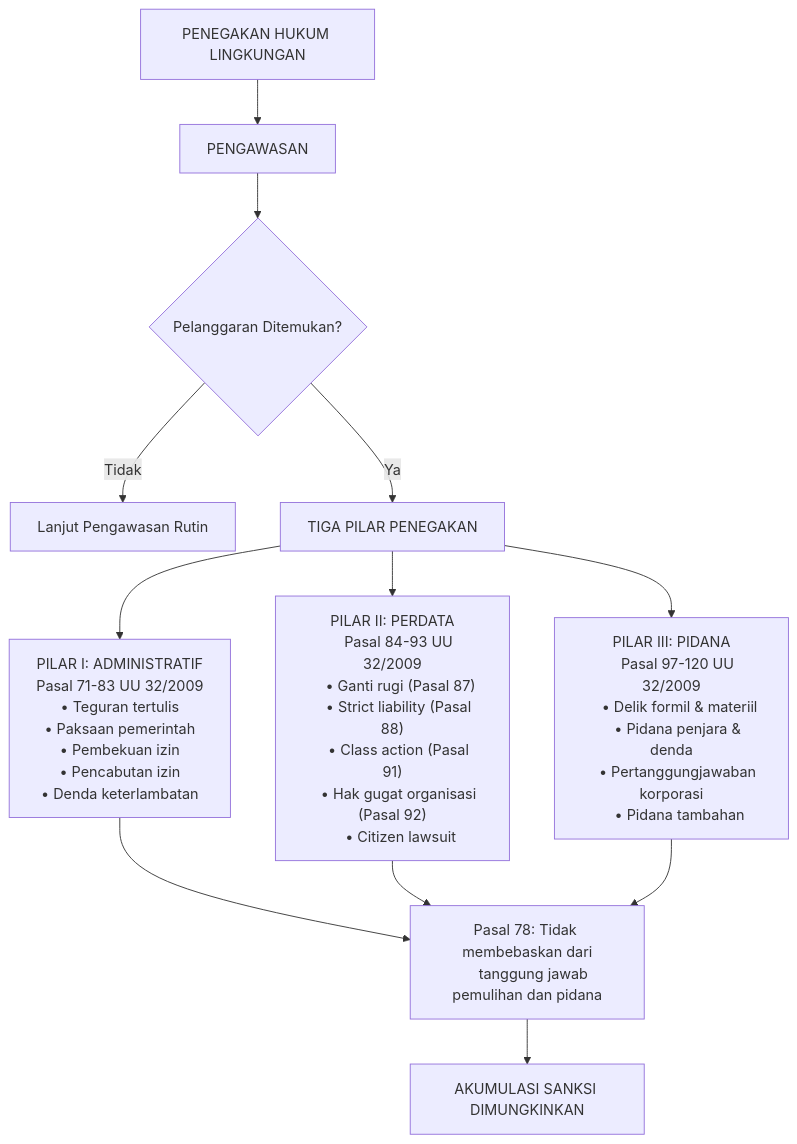
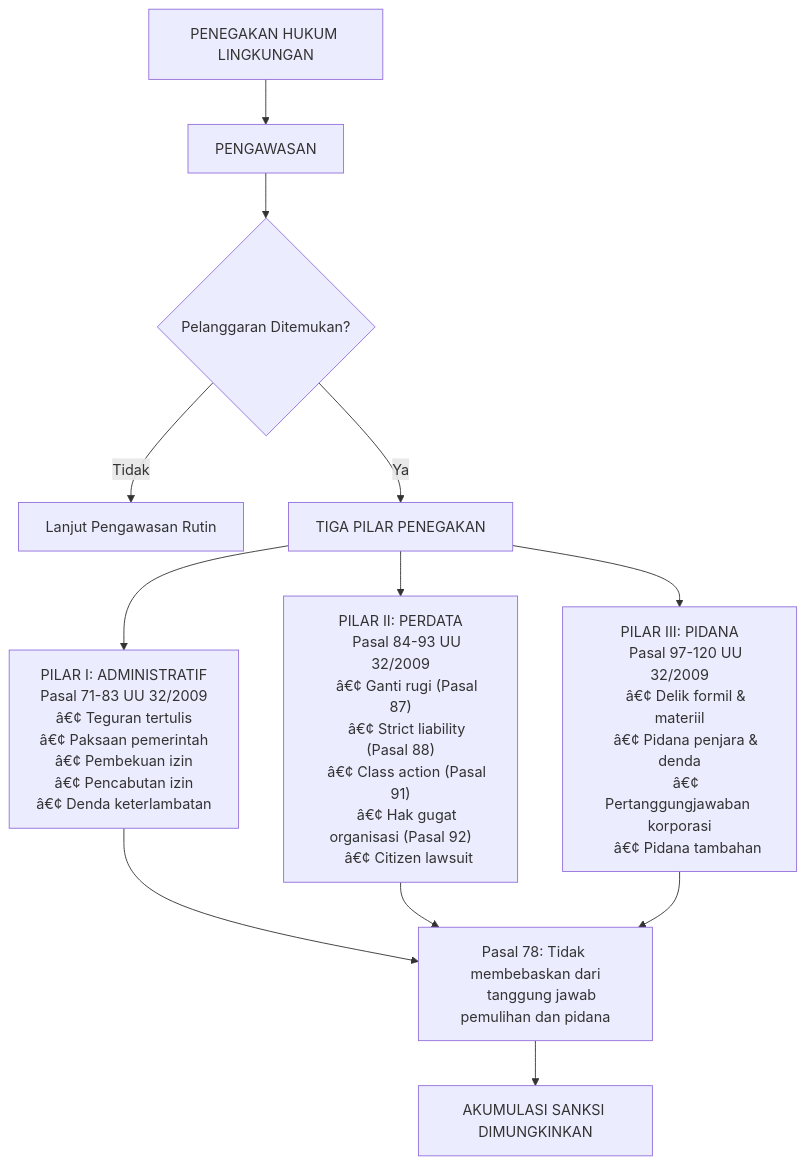
Before and after one commit to movanet/mova-quartz: the first of 4 diagrams in content/01-Lingkungan/08_Penegakan_Hukum.md, drawn with Mermaid. The commit also changed other lines of this file and 171 other files, not shown here.

````diff
--- a/content/01-Lingkungan/08_Penegakan_Hukum.md
+++ b/content/01-Lingkungan/08_Penegakan_Hukum.md
@@ -60,36 +60,36 @@
 ```mermaid
 flowchart TD
     A[PENEGAKAN HUKUM LINGKUNGAN] --> B[PENGAWASAN]
     B --> C{Pelanggaran Ditemukan?}
     C -->|Tidak| D[Lanjut Pengawasan Rutin]
     C -->|Ya| E[TIGA PILAR PENEGAKAN]
     
     E --> F["PILAR I: ADMINISTRATIF
     Pasal 71-83 UU 32/2009
-    • Teguran tertulis
-    • Paksaan pemerintah
-    • Pembekuan izin
-    • Pencabutan izin
-    • Denda keterlambatan"]
+    â€¢ Teguran tertulis
+    â€¢ Paksaan pemerintah
+    â€¢ Pembekuan izin
+    â€¢ Pencabutan izin
+    â€¢ Denda keterlambatan"]
     
     E --> G["PILAR II: PERDATA
     Pasal 84-93 UU 32/2009
-    • Ganti rugi (Pasal 87)
-    • Strict liability (Pasal 88)
-    • Class action (Pasal 91)
-    • Hak gugat organisasi (Pasal 92)
-    • Citizen lawsuit"]
+    â€¢ Ganti rugi (Pasal 87)
+    â€¢ Strict liability (Pasal 88)
+    â€¢ Class action (Pasal 91)
+    â€¢ Hak gugat organisasi (Pasal 92)
+    â€¢ Citizen lawsuit"]
     
     E --> H["PILAR III: PIDANA
     Pasal 97-120 UU 32/2009
-    • Delik formil & materiil
-    • Pidana penjara & denda
-    • Pertanggungjawaban korporasi
-    • Pidana tambahan"]
+    â€¢ Delik formil & materiil
+    â€¢ Pidana penjara & denda
+    â€¢ Pertanggungjawaban korporasi
+    â€¢ Pidana tambahan"]
     
     F --> I["Pasal 78: Tidak membebaskan dari
     tanggung jawab pemulihan dan pidana"]
     G --> I
     H --> I
     I --> J[AKUMULASI SANKSI DIMUNGKINKAN]
 ```
````
